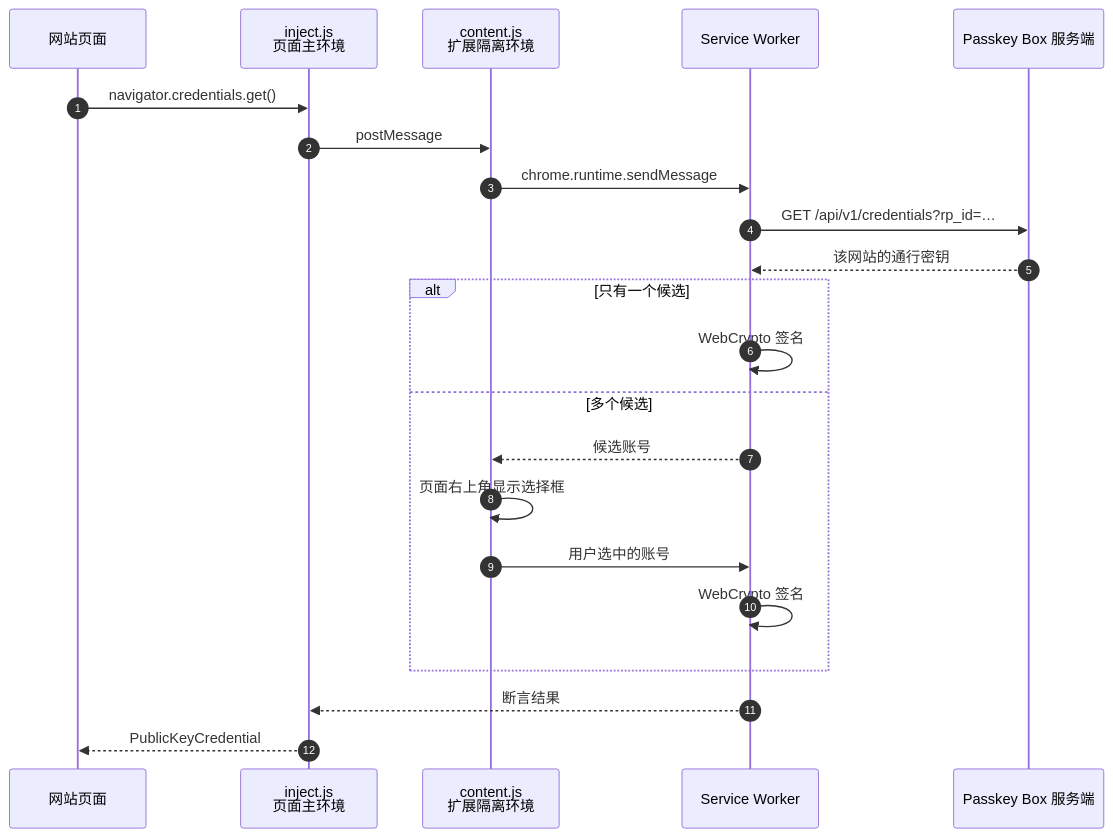
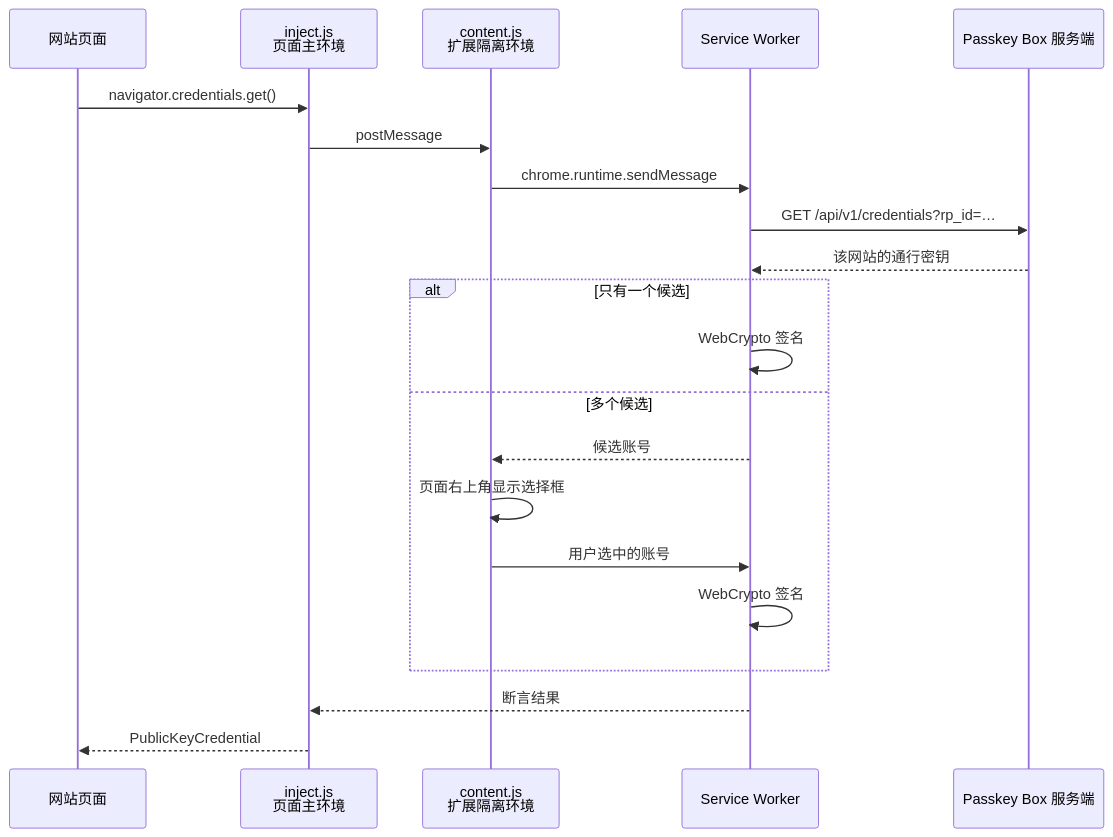
The diagram in README.md (riba2534/passkey-box), drawn with Mermaid before and after one commit.

Commit message:
docs: drop step numbers from the sequence diagram

````diff
--- a/README.md
+++ b/README.md
@@ -169,25 +169,24 @@
 ```mermaid
 sequenceDiagram
-    autonumber
     participant Site as 网站页面
     participant Inject as inject.js<br/>页面主环境
     participant Content as content.js<br/>扩展隔离环境
     participant SW as Service Worker
     participant Server as Passkey Box 服务端
 
     Site->>Inject: navigator.credentials.get()
     Inject->>Content: postMessage
     Content->>SW: chrome.runtime.sendMessage
     SW->>Server: GET /api/v1/credentials?rp_id=…
     Server-->>SW: 该网站的通行密钥
     alt 只有一个候选
         SW->>SW: WebCrypto 签名
     else 多个候选
         SW-->>Content: 候选账号
         Content->>Content: 页面右上角显示选择框
         Content->>SW: 用户选中的账号
         SW->>SW: WebCrypto 签名
     end
     SW-->>Inject: 断言结果
     Inject-->>Site: PublicKeyCredential
 ```
````
